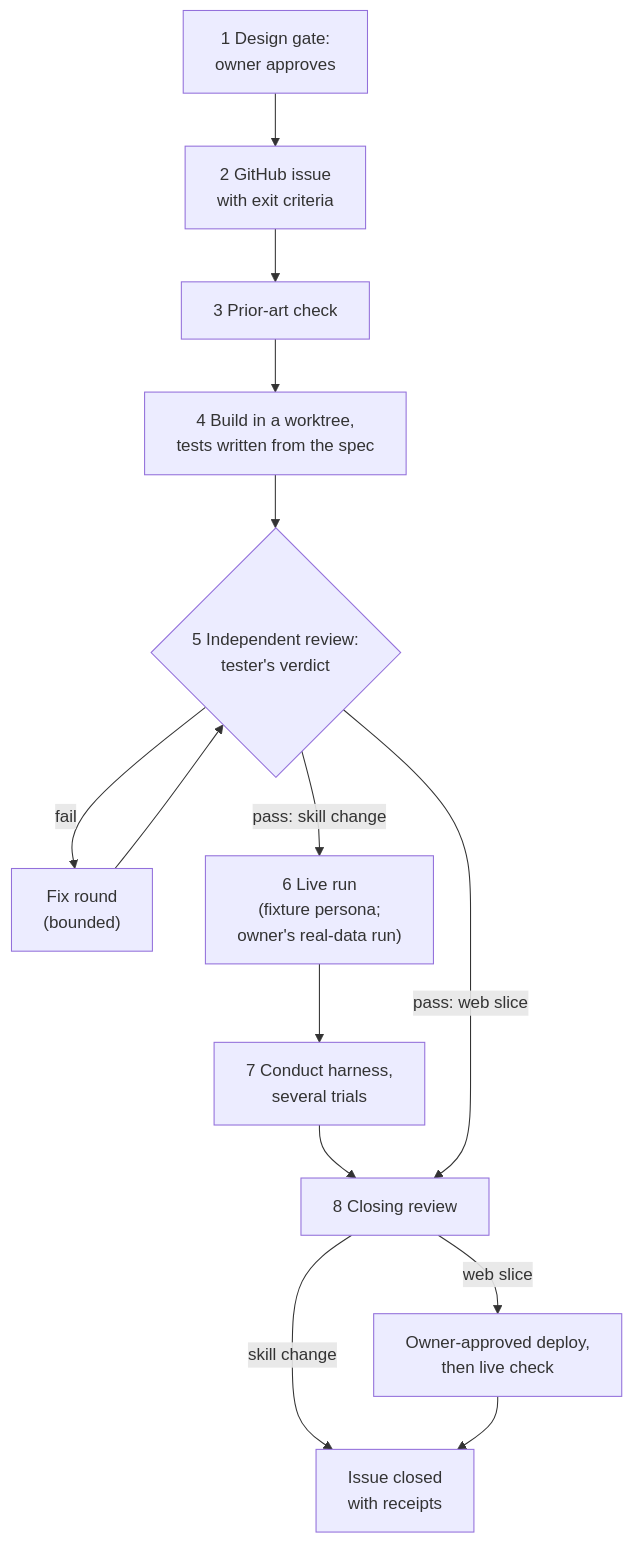
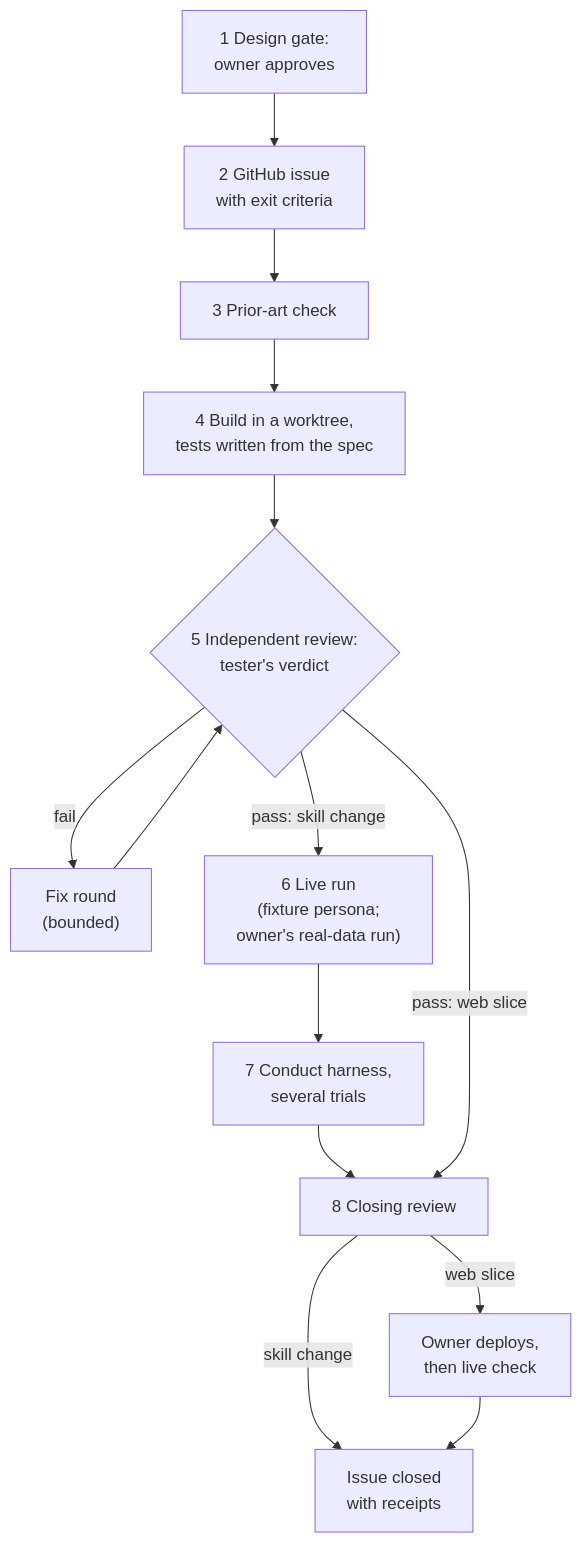
The second of 3 diagrams in docs/TEAM.md (tydev-new/10xjobs-careercoach), drawn with Mermaid before and after one commit. The commit also changed other lines of this file and 2 other files, not shown here.

First line of the commit message:
docs: fix round 2 — production is owner-only; money and data-model accuracy

````diff
--- a/docs/TEAM.md
+++ b/docs/TEAM.md
@@ -49,16 +49,16 @@
 ```mermaid
 flowchart TD
   G["1 Design gate:<br/>owner approves"] --> I["2 GitHub issue<br/>with exit criteria"]
   I --> P["3 Prior-art check"]
   P --> B["4 Build in a worktree,<br/>tests written from the spec"]
   B --> V{"5 Independent review:<br/>tester's verdict"}
   V -->|fail| F["Fix round<br/>(bounded)"]
   F --> V
   V -->|"pass: skill change"| L["6 Live run<br/>(fixture persona;<br/>owner's real-data run)"]
   L --> H["7 Conduct harness,<br/>several trials"]
   H --> C["8 Closing review"]
   V -->|"pass: web slice"| C
   C -->|skill change| Done["Issue closed<br/>with receipts"]
-  C -->|web slice| D["Owner-approved deploy,<br/>then live check"]
+  C -->|web slice| D["Owner deploys,<br/>then live check"]
   D --> Done
 ```
````
